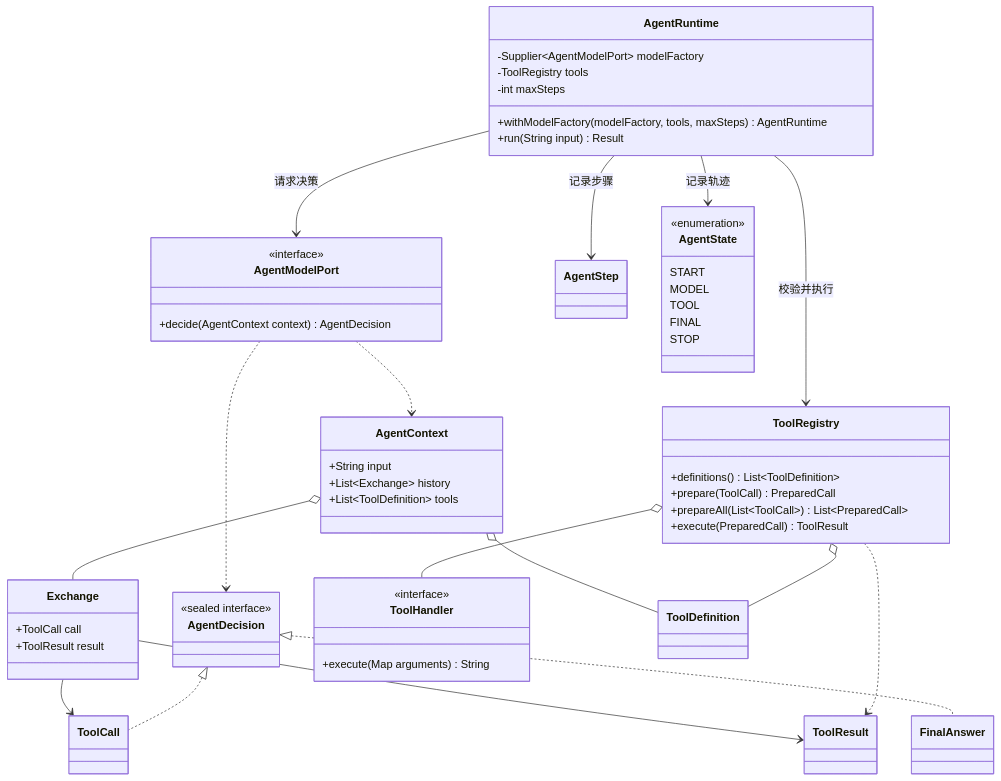
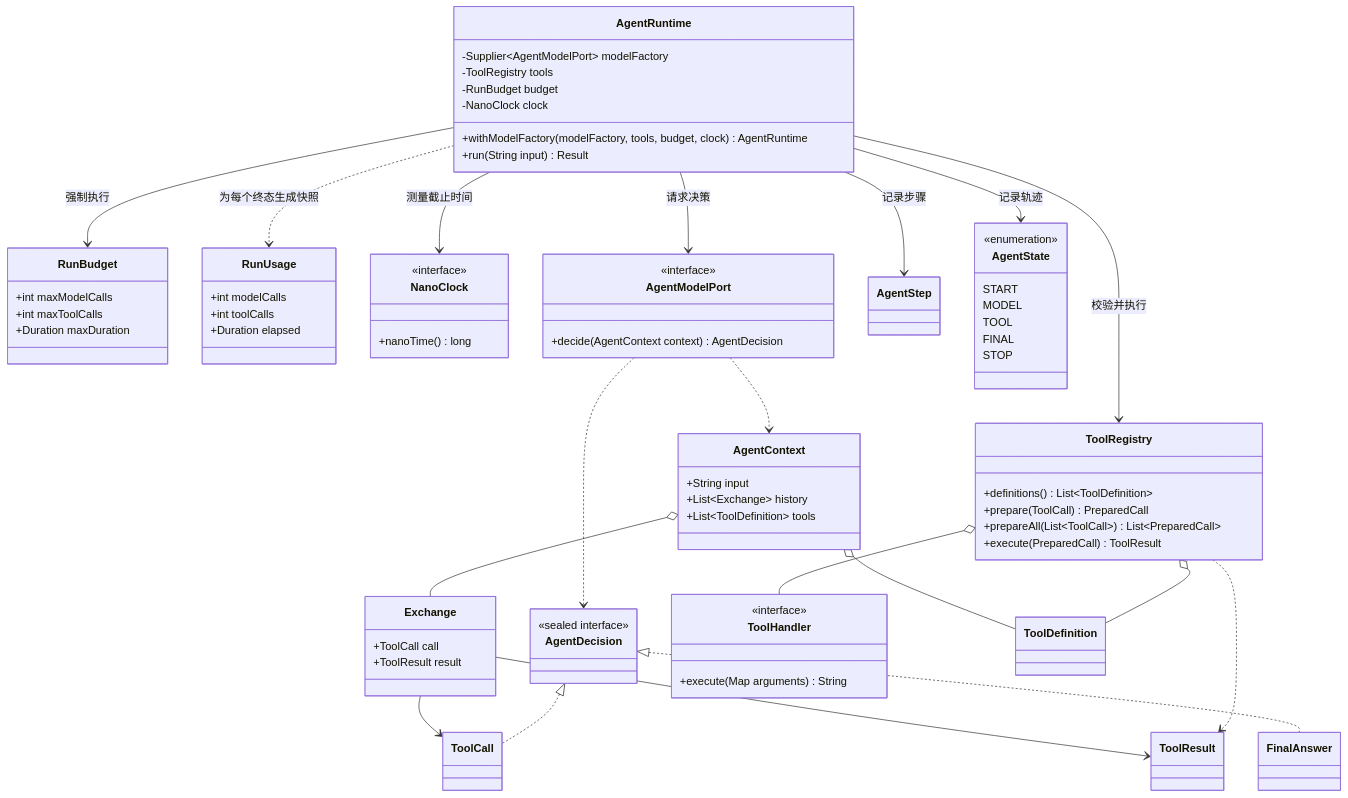
The third of 8 diagrams in responses-agent-runtime/docs/architecture.zh-CN.md (jamienlu/pickagent), drawn with Mermaid before and after one commit. The commit also changed other lines of this file and 78 other files, not shown here.

Commit message:
all response agent runtime produce min use

```diff
--- a/responses-agent-runtime/docs/architecture.zh-CN.md
+++ b/responses-agent-runtime/docs/architecture.zh-CN.md
@@ -68,9 +75,24 @@
     class AgentRuntime {
       -Supplier~AgentModelPort~ modelFactory
       -ToolRegistry tools
-      -int maxSteps
-      +withModelFactory(modelFactory, tools, maxSteps) AgentRuntime
+      -RunBudget budget
+      -NanoClock clock
+      +withModelFactory(modelFactory, tools, budget, clock) AgentRuntime
       +run(String input) Result
+    }
+    class RunBudget {
+      +int maxModelCalls
+      +int maxToolCalls
+      +Duration maxDuration
+    }
+    class RunUsage {
+      +int modelCalls
+      +int toolCalls
+      +Duration elapsed
+    }
+    class NanoClock {
+      <<interface>>
+      +nanoTime() long
     }
     class AgentModelPort {
       <<interface>>
@@ -114,6 +136,9 @@
 
     AgentRuntime --> AgentModelPort : 请求决策
     AgentRuntime --> ToolRegistry : 校验并执行
+    AgentRuntime --> RunBudget : 强制执行
+    AgentRuntime --> NanoClock : 测量截止时间
+    AgentRuntime ..> RunUsage : 为每个终态生成快照
     AgentRuntime --> AgentStep : 记录步骤
     AgentRuntime --> AgentState : 记录轨迹
     AgentModelPort ..> AgentContext
```
